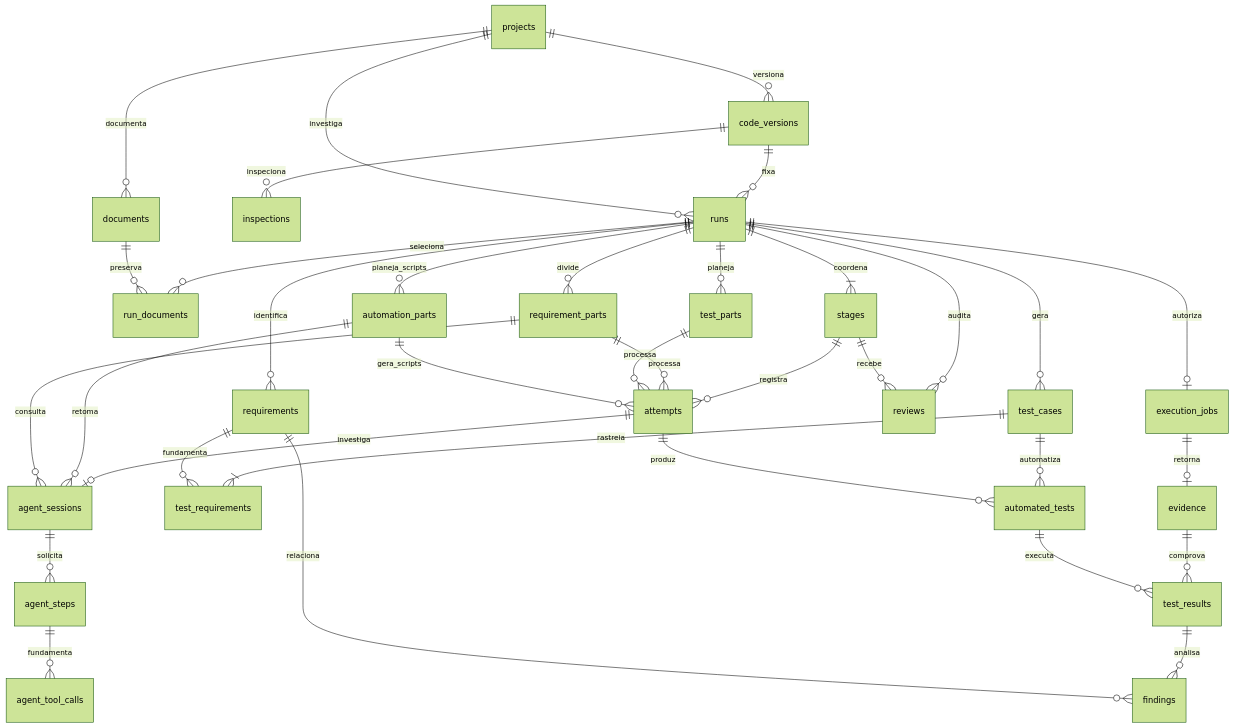
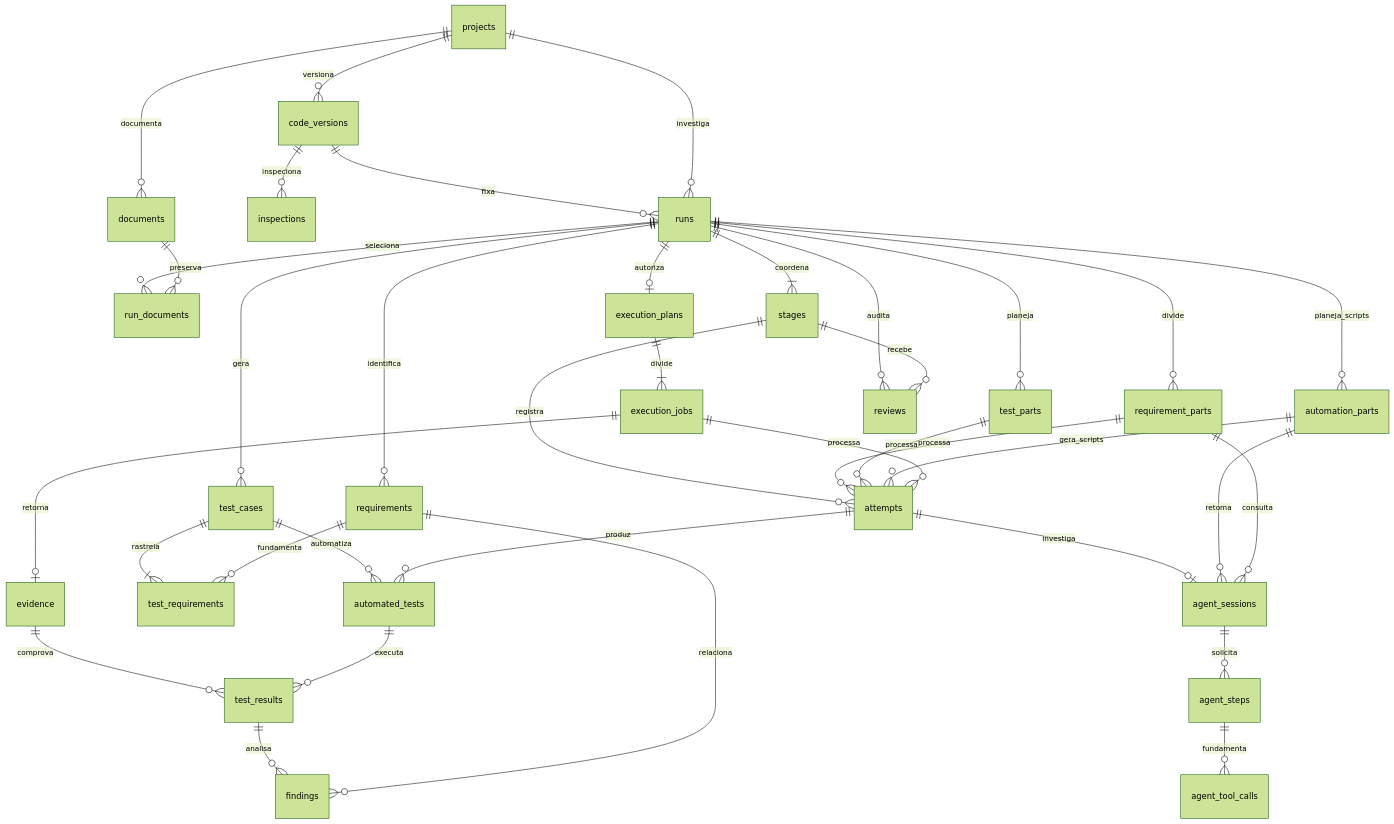
Before and after one commit to lucaasbonfim/tcc: the second of 3 diagrams in docs/ARQUITETURA_PESQUISA.md, drawn with Mermaid (forest theme). The commit also changed other lines of this file and 6 other files, not shown here.

````diff
--- a/docs/ARQUITETURA_PESQUISA.md
+++ b/docs/ARQUITETURA_PESQUISA.md
@@ -63,37 +63,39 @@
 ```mermaid
 erDiagram
   projects ||--o{ code_versions : versiona
   projects ||--o{ documents : documenta
   code_versions ||--o{ inspections : inspeciona
   code_versions ||--o{ runs : fixa
   projects ||--o{ runs : investiga
   runs ||--o{ run_documents : seleciona
   documents ||--o{ run_documents : preserva
   runs ||--|{ stages : coordena
   stages ||--o{ attempts : registra
   attempts ||--o| agent_sessions : investiga
   automation_parts ||--o{ agent_sessions : retoma
   requirement_parts ||--o{ agent_sessions : consulta
   agent_sessions ||--o{ agent_steps : solicita
   agent_steps ||--o{ agent_tool_calls : fundamenta
   runs ||--o{ requirement_parts : divide
   requirement_parts ||--o{ attempts : processa
   runs ||--o{ requirements : identifica
   runs ||--o{ test_cases : gera
   runs ||--o{ test_parts : planeja
   test_parts ||--o{ attempts : processa
   runs ||--o{ automation_parts : planeja_scripts
   automation_parts ||--o{ attempts : gera_scripts
   test_cases ||--|{ test_requirements : rastreia
   requirements ||--o{ test_requirements : fundamenta
   test_cases ||--o{ automated_tests : automatiza
   attempts ||--o{ automated_tests : produz
-  runs ||--o| execution_jobs : autoriza
+  runs ||--o| execution_plans : autoriza
+  execution_plans ||--|{ execution_jobs : divide
+  execution_jobs ||--o{ attempts : processa
   execution_jobs ||--o| evidence : retorna
   evidence ||--o{ test_results : comprova
   automated_tests ||--o{ test_results : executa
   test_results ||--o{ findings : analisa
   requirements ||--o{ findings : relaciona
   runs ||--o{ reviews : audita
   stages ||--o{ reviews : recebe
 ```
````
